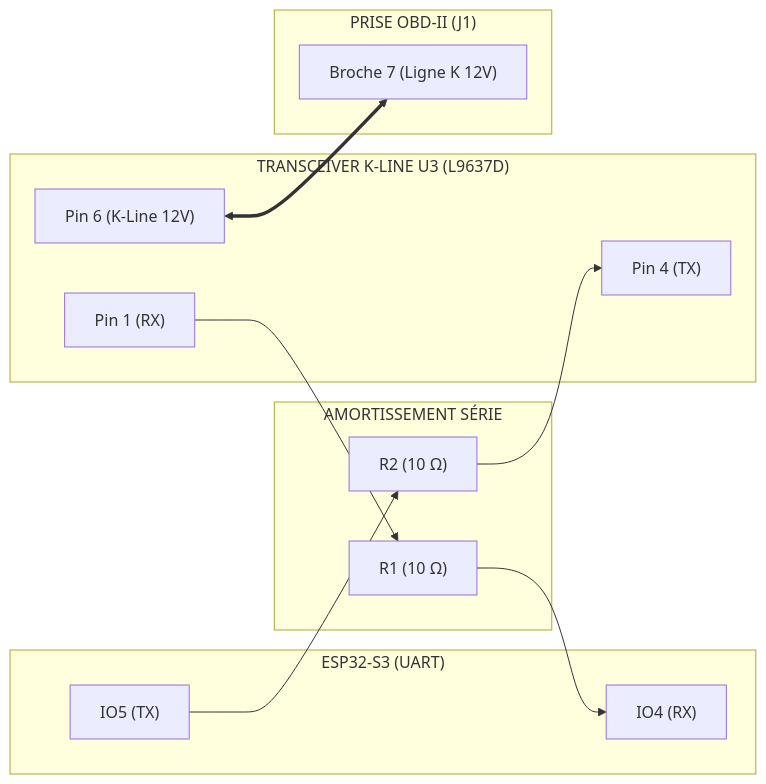
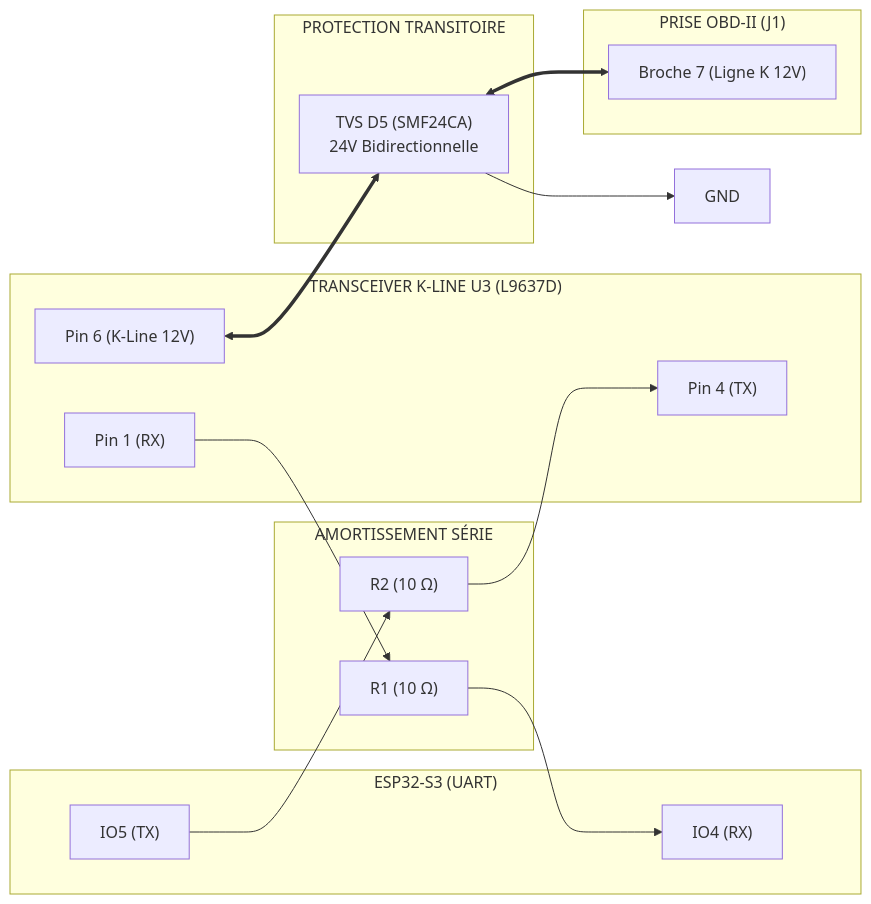
The seventh of 9 diagrams in HARDWARE.md (nitrogene/OBD2), drawn with Mermaid before and after one commit. The commit also changed other lines of this file and 7 other files, not shown here.

First line of the commit message:
feat(schematic): ajuster R6 à 100 ohms pour la visibilité de LED1 en plein jour

````diff
--- a/HARDWARE.md
+++ b/HARDWARE.md
@@ -306,37 +318,43 @@
 ```mermaid
 %%{init: {
   'themeVariables': {
     'fontFamily': 'Consolas, "Courier New", monospace',
     'fontSize': '12px'
   },
   'flowchart': {
     'curve': 'stepBefore',
     'nodeSpacing': 20,
     'rankSpacing': 30
   }
 }}%%
 flowchart LR
     subgraph MCU["ESP32-S3 (UART)"]
         MCU_TX["IO5 (TX)"]
         MCU_RX["IO4 (RX)"]
     end
 
     subgraph DAMPING["AMORTISSEMENT SÉRIE"]
         R2["R2 (10 Ω)"]
         R1["R1 (10 Ω)"]
     end
 
     subgraph K_IC["TRANSCEIVER K-LINE U3 (L9637D)"]
         K_TX["Pin 4 (TX)"]
         K_RX["Pin 1 (RX)"]
         K_PIN["Pin 6 (K-Line 12V)"]
     end
 
+    subgraph PROT_K["PROTECTION TRANSITOIRE"]
+        D5["TVS D5 (SMF24CA)\n24V Bidirectionnelle"]
+    end
+
     subgraph OBD_CONN["PRISE OBD-II (J1)"]
         PIN7["Broche 7 (Ligne K 12V)"]
     end
 
     MCU_TX --> R2 --> K_TX
     K_RX --> R1 --> MCU_RX
-    K_PIN <==> PIN7
+    K_PIN <==> D5
+    D5 --> GND_K["GND"]
+    D5 <==> PIN7
 ```
````
